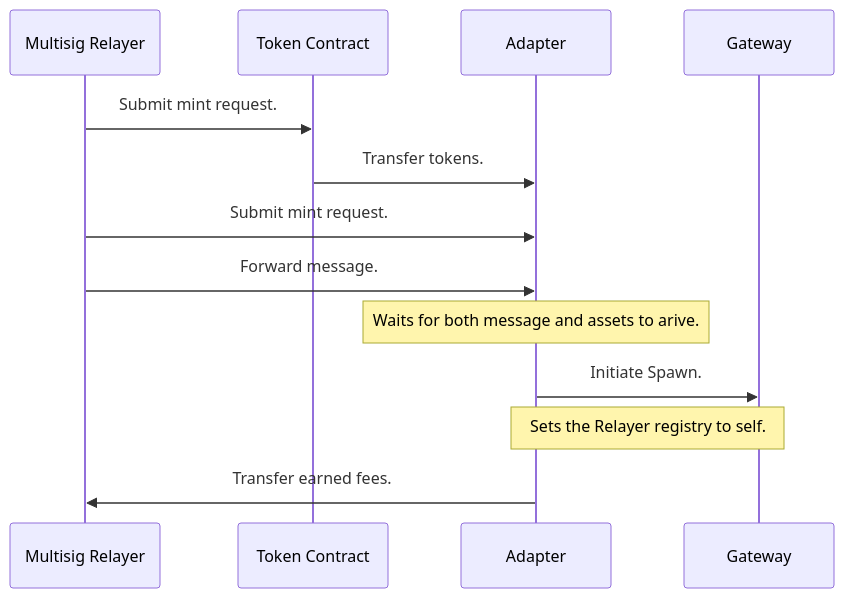
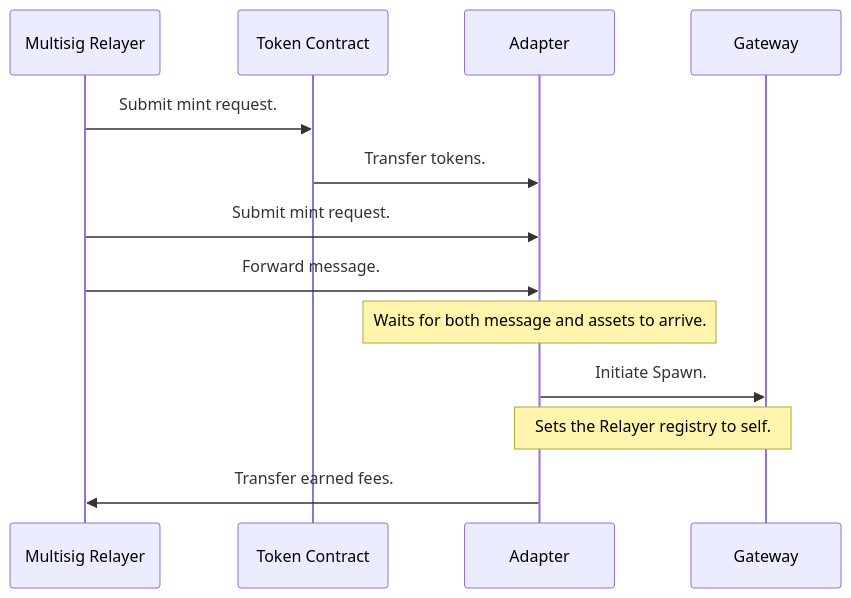
One commit to ComposableFi/composable changed the seventh of 10 diagrams in xcvm/architecture/transports/otp.md. Above: the diagram before and after it, drawn with Mermaid. The commit also changed other lines of this file and 152 other files, not shown here.

````diff
--- a/xcvm/architecture/transports/otp.md
+++ b/xcvm/architecture/transports/otp.md
@@ -149,11 +149,11 @@
 ```mermaid
 sequenceDiagram
     Multisig Relayer->>Token Contract: Submit mint request.
     Token Contract->>Adapter: Transfer tokens.
     Multisig Relayer->>Adapter: Submit mint request.
     Multisig Relayer->>Adapter: Forward message.
-    Note over Adapter: Waits for both message and assets to arive.
+    Note over Adapter: Waits for both message and assets to arrive.
     Adapter->>Gateway: Initiate Spawn.
     Note over Adapter,Gateway: Sets the Relayer registry to self.
     Adapter->>Multisig Relayer: Transfer earned fees.
 ```
````
